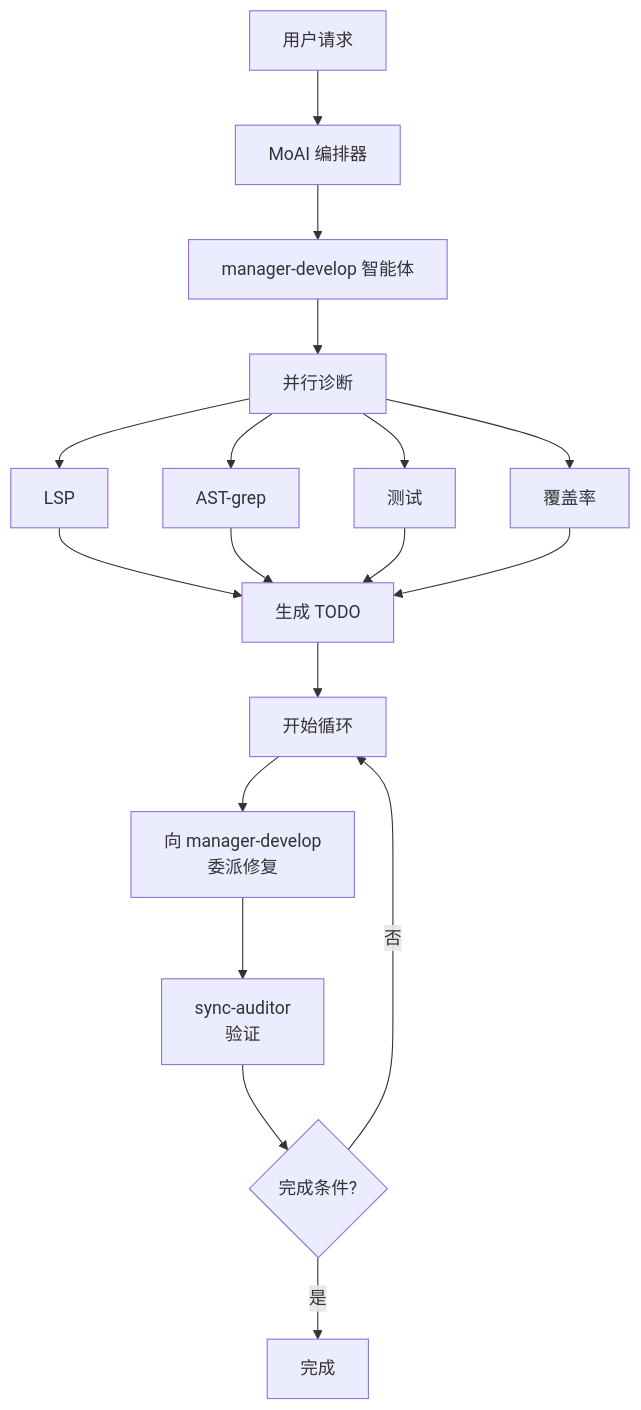
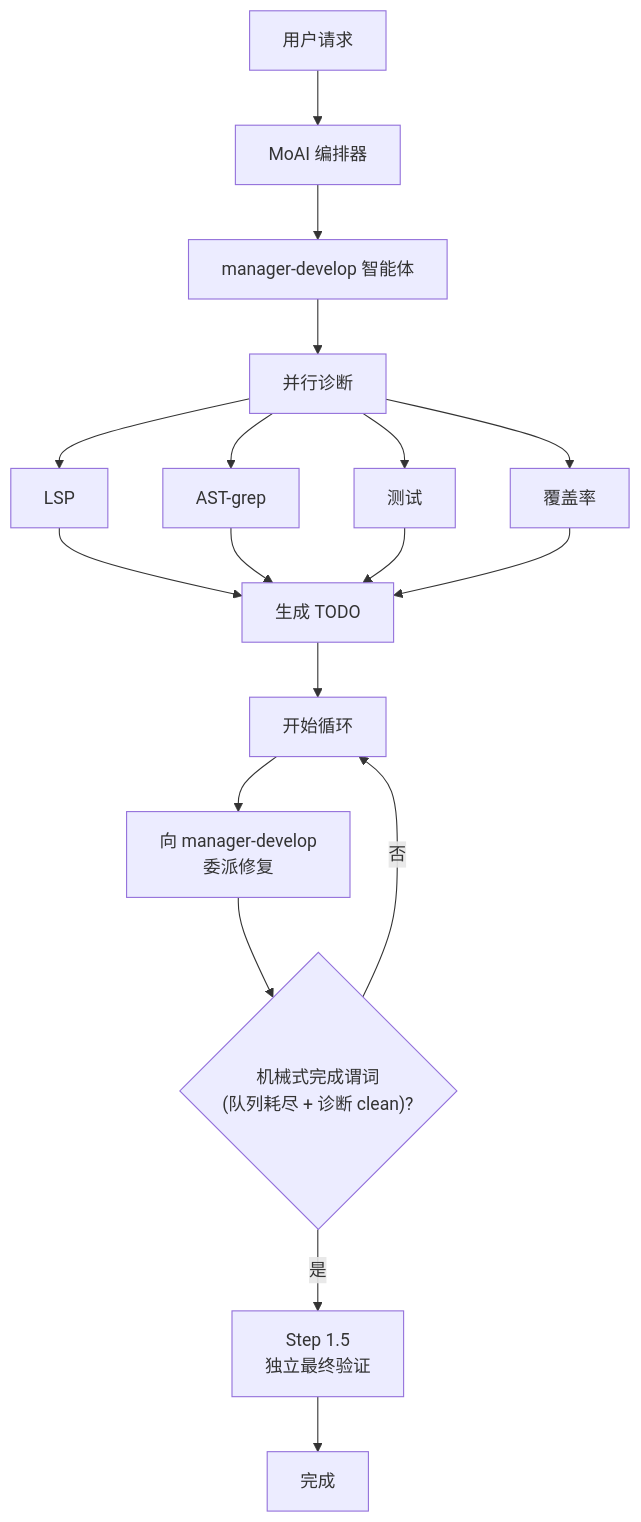
The fourth of 4 diagrams in docs-site/content/zh/utility-commands/moai-loop.md (modu-ai/moai-adk), drawn with Mermaid before and after one commit. The commit also changed other lines of this file and 83 other files, not shown here.

````diff
--- a/docs-site/content/zh/utility-commands/moai-loop.md
+++ b/docs-site/content/zh/utility-commands/moai-loop.md
@@ -236,25 +235,24 @@
 ```mermaid
 flowchart TD
     User["用户请求"] --> Orchestrator["MoAI 编排器"]
     Orchestrator --> ManagerDDD["manager-develop 智能体"]
 
     ManagerDDD --> Diagnose["并行诊断"]
     Diagnose --> LSP["LSP"]
     Diagnose --> AST["AST-grep"]
     Diagnose --> Test["测试"]
     Diagnose --> Cov["覆盖率"]
 
     LSP --> Todo["生成 TODO"]
     AST --> Todo
     Test --> Todo
     Cov --> Todo
 
     Todo --> Loop["开始循环"]
 
     Loop --> Fix["向 manager-develop<br/>委派修复"]
-    Fix --> Verify["sync-auditor<br/>验证"]
-
-    Verify --> Complete{"完成条件?"}
-    Complete -->|否| Loop
-    Complete -->|是| Done["完成"]
+    Fix --> Predicate{"机械式完成谓词<br/>(队列耗尽 + 诊断 clean)?"}
+    Predicate -->|否| Loop
+    Predicate -->|是| FinalPass["Step 1.5<br/>独立最终验证"]
+    FinalPass --> Done["完成"]
 ```
````
